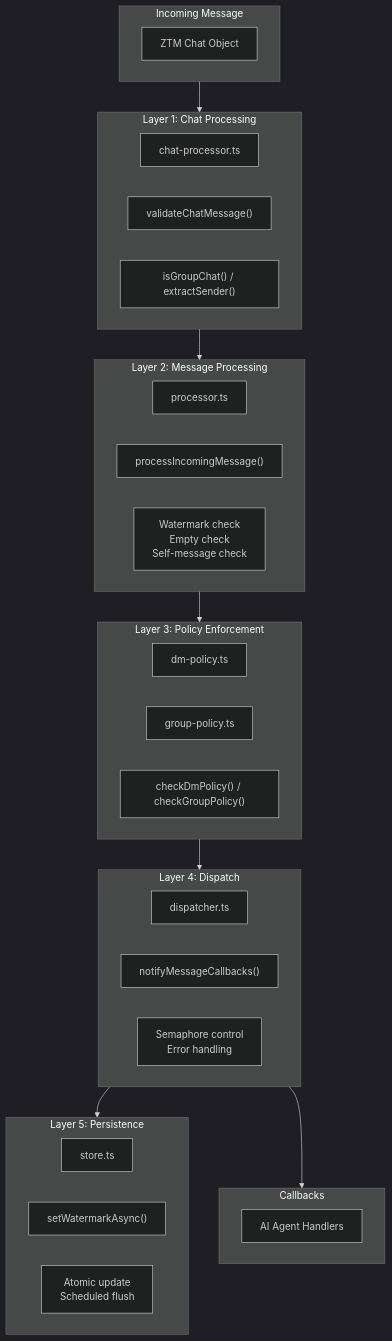
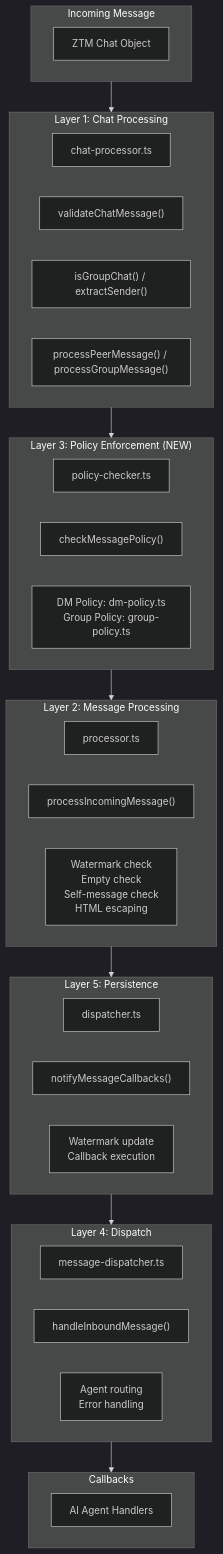
Before and after one commit to clawparty-ai/openclaw-channel-plugin-ztm: the diagram in docs/adr/ADR-010-multi-layer-message-pipeline.md, drawn with Mermaid (dark theme). The commit also changed other lines of this file and 10 other files, not shown here.

First line of the commit message:
refactor(policy): implement unified policy checking architecture (ADR-010) (#6)

````diff
--- a/docs/adr/ADR-010-multi-layer-message-pipeline.md
+++ b/docs/adr/ADR-010-multi-layer-message-pipeline.md
@@ -29,47 +30,48 @@
 ```mermaid
 flowchart TB
     subgraph Input["Incoming Message"]
         A1["ZTM Chat Object"]
     end
 
     subgraph Layer1["Layer 1: Chat Processing"]
         B1["chat-processor.ts"]
         B2["validateChatMessage()"]
         B3["isGroupChat() / extractSender()"]
+        B4["processPeerMessage() / processGroupMessage()"]
+    end
+
+    subgraph Layer3["Layer 3: Policy Enforcement (NEW)"]
+        D1["policy-checker.ts"]
+        D2["checkMessagePolicy()"]
+        D3["DM Policy: dm-policy.ts<br/>Group Policy: group-policy.ts"]
     end
 
     subgraph Layer2["Layer 2: Message Processing"]
         C1["processor.ts"]
         C2["processIncomingMessage()"]
-        C3["Watermark check<br/>Empty check<br/>Self-message check"]
-    end
-
-    subgraph Layer3["Layer 3: Policy Enforcement"]
-        D1["dm-policy.ts"]
-        D2["group-policy.ts"]
-        D3["checkDmPolicy() / checkGroupPolicy()"]
+        C3["Watermark check<br/>Empty check<br/>Self-message check<br/>HTML escaping"]
     end
 
     subgraph Layer4["Layer 4: Dispatch"]
-        E1["dispatcher.ts"]
-        E2["notifyMessageCallbacks()"]
-        E3["Semaphore control<br/>Error handling"]
+        E1["message-dispatcher.ts"]
+        E2["handleInboundMessage()"]
+        E3["Agent routing<br/>Error handling"]
     end
 
     subgraph Layer5["Layer 5: Persistence"]
-        F1["store.ts"]
-        F2["setWatermarkAsync()"]
-        F3["Atomic update<br/>Scheduled flush"]
+        F1["dispatcher.ts"]
+        F2["notifyMessageCallbacks()"]
+        F3["Watermark update<br/>Callback execution"]
     end
 
     subgraph Output["Callbacks"]
         G1["AI Agent Handlers"]
     end
 
     Input --> Layer1
-    Layer1 --> Layer2
-    Layer2 --> Layer3
-    Layer3 --> Layer4
-    Layer4 --> Layer5
+    Layer1 --> Layer3
+    Layer3 --> Layer2
+    Layer2 --> Layer5
+    Layer5 --> Layer4
     Layer4 --> Output
 ```
````
